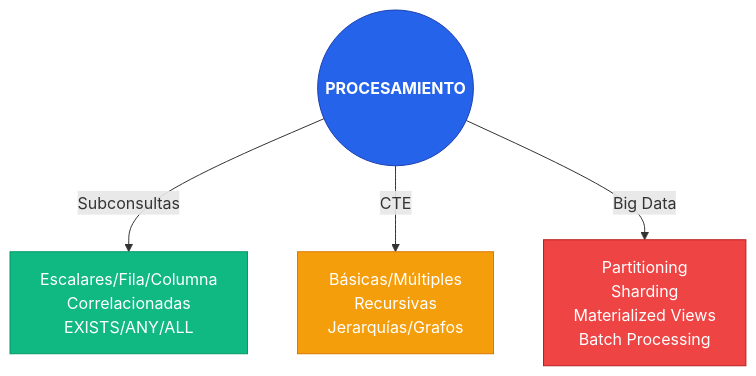
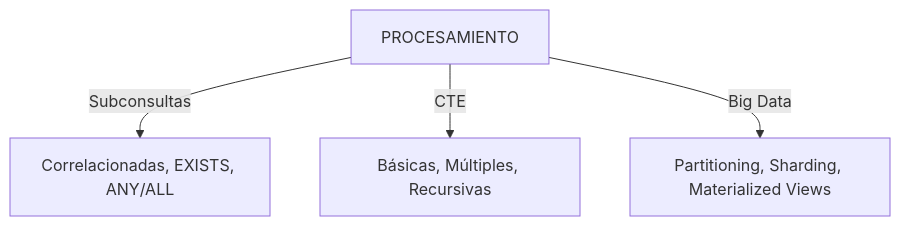
Before and after one commit to rraulherediaa/PracticasEstructurasDatos: the fifth of 12 diagrams in diagramas.md, drawn with Mermaid. The commit also changed other lines of this file and 1 other file, not shown here.

Commit message:
fix: simplificar diagramas Mermaid al máximo para asegurar compatibilidad total

````diff
--- a/diagramas.md
+++ b/diagramas.md
@@ -105,17 +65,8 @@
 ```mermaid
 flowchart TD
-    Complex(("PROCESAMIENTO"))
+    Complex["PROCESAMIENTO"]
     
-    Complex -->|Subconsultas| SUB["Escalares/Fila/Columna<br/>Correlacionadas<br/>EXISTS/ANY/ALL"]
-    Complex -->|CTE| CTE["Básicas/Múltiples<br/>Recursivas<br/>Jerarquías/Grafos"]
-    Complex -->|Big Data| BIG["Partitioning<br/>Sharding<br/>Materialized Views<br/>Batch Processing"]
-
-    classDef central fill:#2563eb,color:#fff,font-weight:bold,stroke:#1e40af
-    classDef sub fill:#10b981,color:#fff,stroke:#059669
-    classDef cte fill:#f59e0b,color:#fff,stroke:#d97706
-    classDef big fill:#ef4444,color:#fff,stroke:#b91c1c
-    class Complex central
-    class SUB sub
-    class CTE cte
-    class BIG big
+    Complex -->|Subconsultas| SUB["Correlacionadas, EXISTS, ANY/ALL"]
+    Complex -->|CTE| CTE["Básicas, Múltiples, Recursivas"]
+    Complex -->|Big Data| BIG["Partitioning, Sharding, Materialized Views"]
 ```
````
